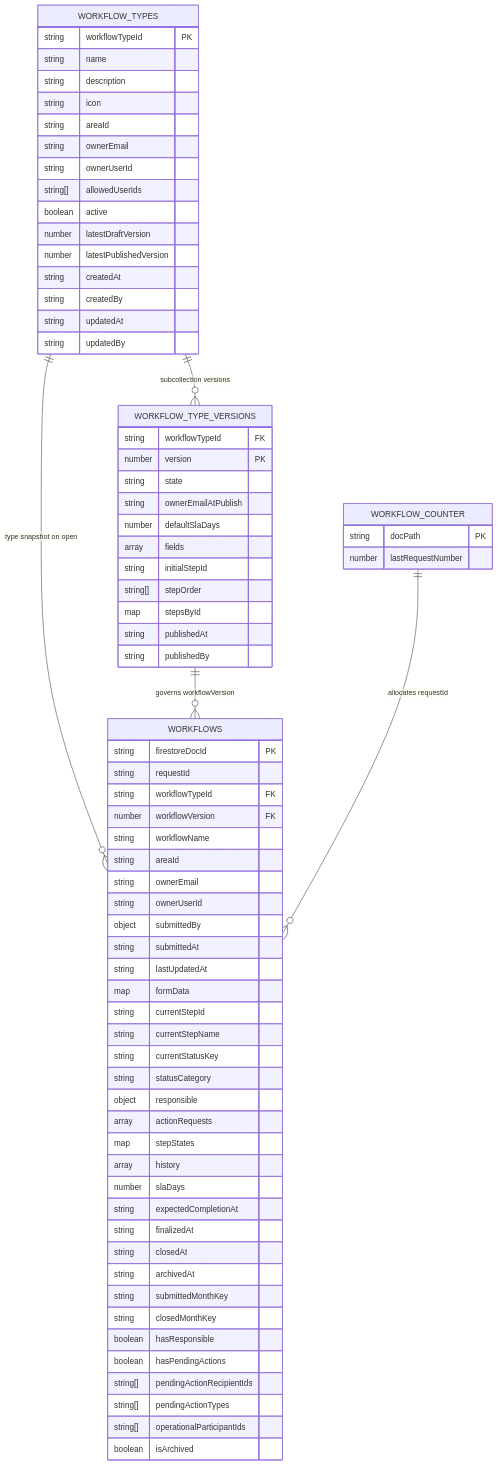
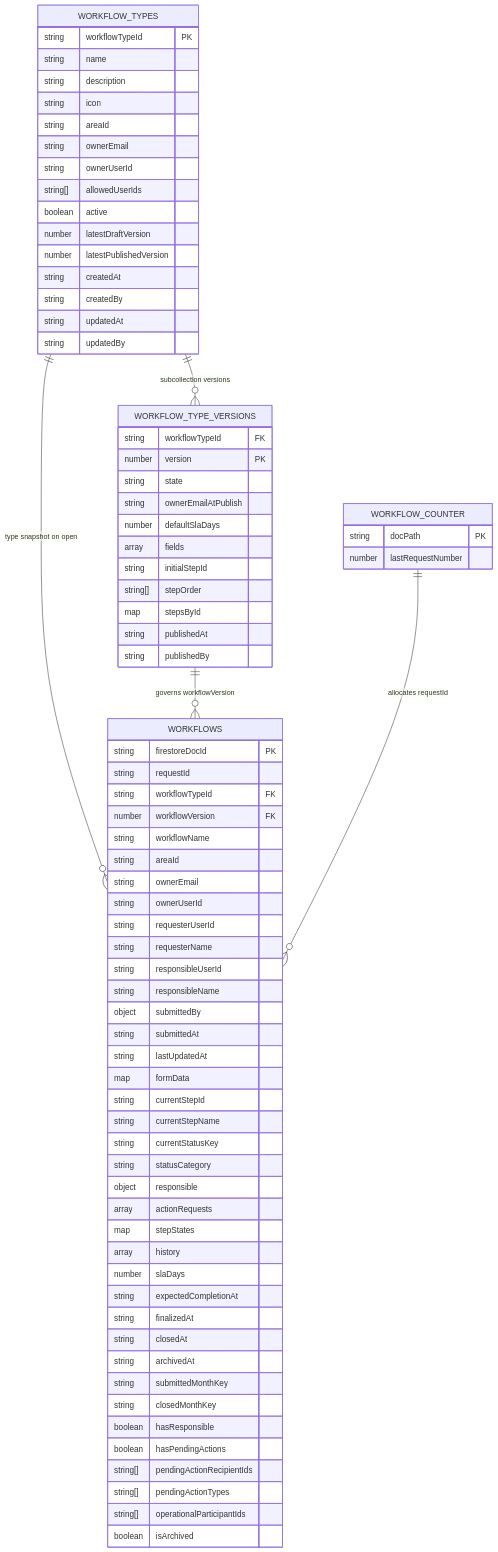
Before and after one commit to 3Ainvestimentos/Connect-backup: the diagram in docs/workflows_new/docs_step2/diagrams/01-firestore-collections-erd.mmd, drawn with Mermaid. The commit also changed 1 other file, not shown here.

Commit message:
update diagrams

```diff
--- a/docs/workflows_new/docs_step2/diagrams/01-firestore-collections-erd.mmd
+++ b/docs/workflows_new/docs_step2/diagrams/01-firestore-collections-erd.mmd
@@ -1,78 +1,82 @@
 erDiagram
     WORKFLOW_TYPES {
         string workflowTypeId PK
         string name
         string description
         string icon
         string areaId
         string ownerEmail
         string ownerUserId
         string[] allowedUserIds
         boolean active
         number latestDraftVersion
         number latestPublishedVersion
         string createdAt
         string createdBy
         string updatedAt
         string updatedBy
     }
 
     WORKFLOW_TYPE_VERSIONS {
         string workflowTypeId FK
         number version PK
         string state
         string ownerEmailAtPublish
         number defaultSlaDays
         array fields
         string initialStepId
         string[] stepOrder
         map stepsById
         string publishedAt
         string publishedBy
     }
 
     WORKFLOWS {
         string firestoreDocId PK
         string requestId
         string workflowTypeId FK
         number workflowVersion FK
         string workflowName
         string areaId
         string ownerEmail
         string ownerUserId
+        string requesterUserId
+        string requesterName
+        string responsibleUserId
+        string responsibleName
         object submittedBy
         string submittedAt
         string lastUpdatedAt
         map formData
         string currentStepId
         string currentStepName
         string currentStatusKey
         string statusCategory
         object responsible
         array actionRequests
         map stepStates
         array history
         number slaDays
         string expectedCompletionAt
         string finalizedAt
         string closedAt
         string archivedAt
         string submittedMonthKey
         string closedMonthKey
         boolean hasResponsible
         boolean hasPendingActions
         string[] pendingActionRecipientIds
         string[] pendingActionTypes
         string[] operationalParticipantIds
         boolean isArchived
     }
 
     WORKFLOW_COUNTER {
         string docPath PK
         number lastRequestNumber
     }
 
     WORKFLOW_TYPES ||--o{ WORKFLOW_TYPE_VERSIONS : "subcollection versions"
     WORKFLOW_TYPES ||--o{ WORKFLOWS : "type snapshot on open"
     WORKFLOW_TYPE_VERSIONS ||--o{ WORKFLOWS : "governs workflowVersion"
     WORKFLOW_COUNTER ||--o{ WORKFLOWS : "allocates requestId"
```
